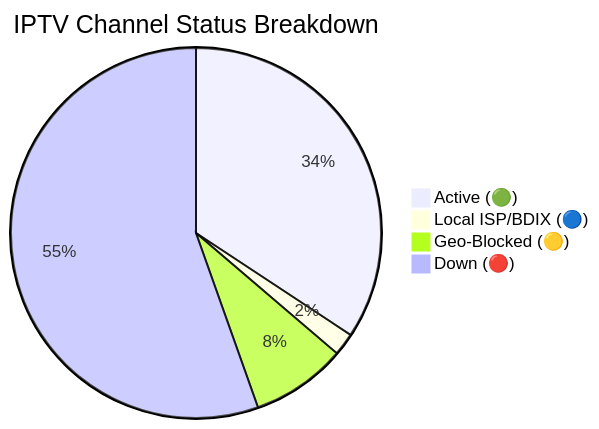
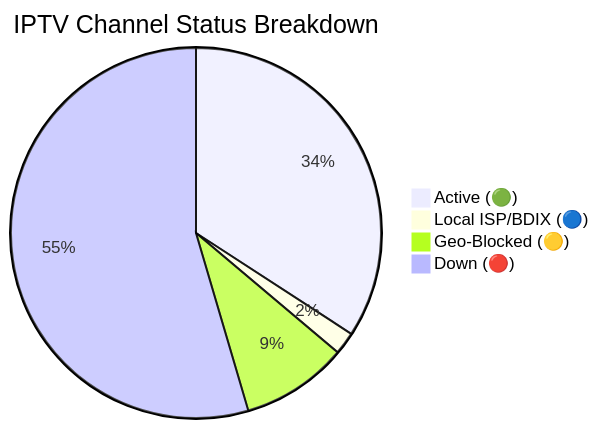
The diagram in README.md (andreataylord/Ip-tv-Collection), drawn with Mermaid before and after one commit. The commit also changed other lines of this file and 1 other file, not shown here.

Commit message:
docs(readme): auto-update daily channel status chart

````diff
--- a/README.md
+++ b/README.md
@@ -59,7 +59,7 @@
 ```mermaid
 pie title IPTV Channel Status Breakdown
-    "Active (🟢)" : 2226
+    "Active (🟢)" : 2219
     "Local ISP/BDIX (🔵)" : 128
-    "Geo-Blocked (🟡)" : 540
-    "Down (🔴)" : 3600
+    "Geo-Blocked (🟡)" : 604
+    "Down (🔴)" : 3543
 ```
````
